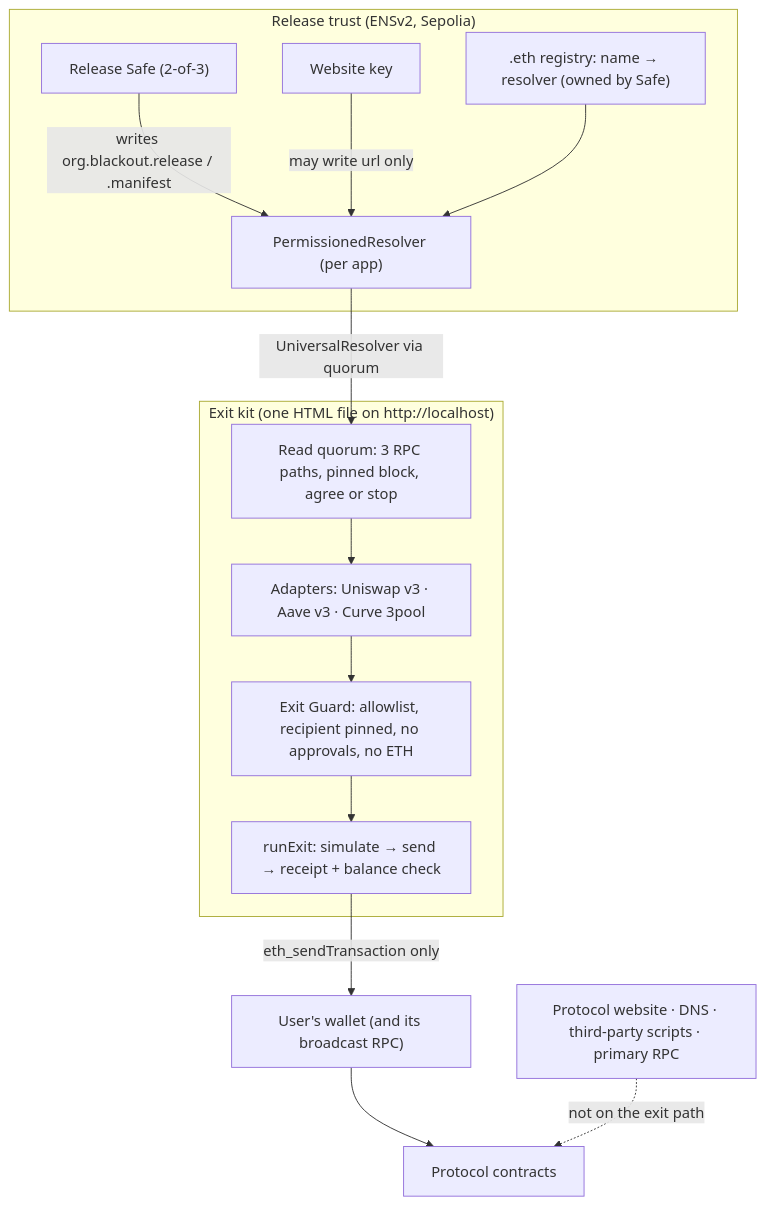
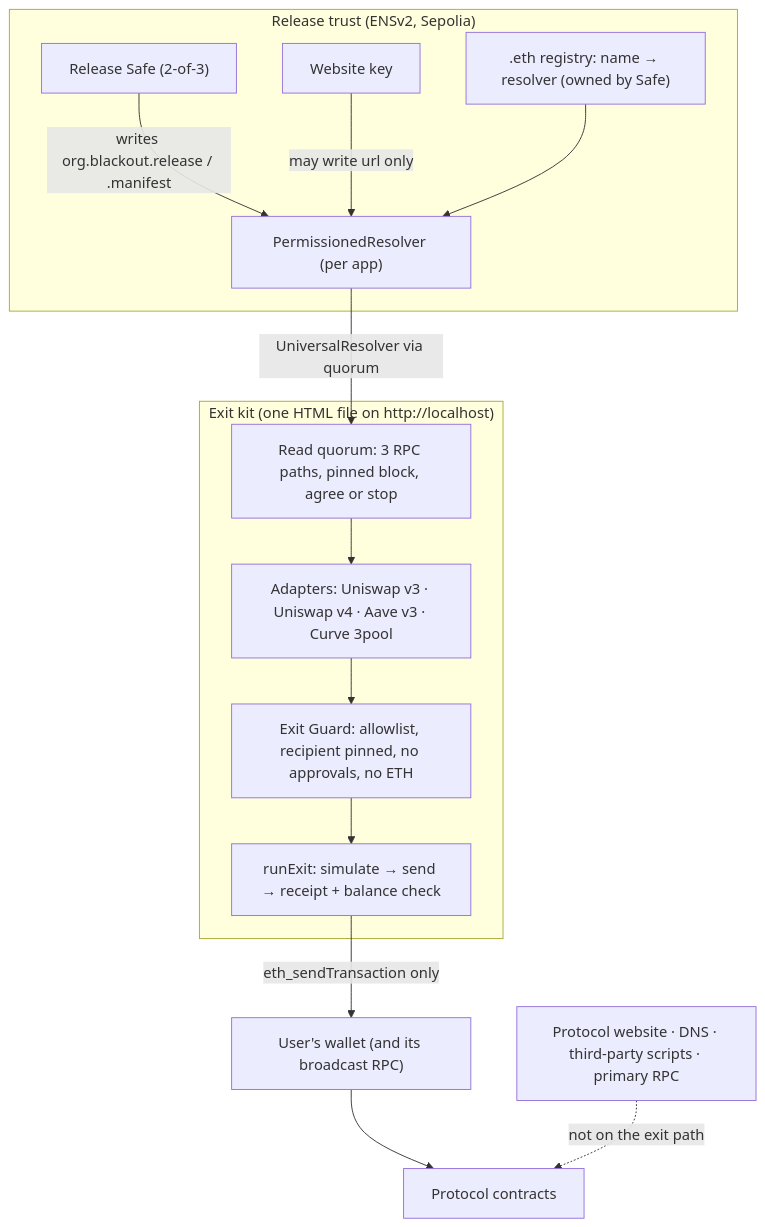
Before and after one commit to Harman206/HACKETH-MUMBAI: the diagram in README.md, drawn with Mermaid. The commit also changed other lines of this file and 4 other files, not shown here.

````diff
--- a/README.md
+++ b/README.md
@@ -79,18 +80,18 @@
 ```mermaid
 flowchart TB
   subgraph Release["Release trust (ENSv2, Sepolia)"]
     SAFE["Release Safe (2-of-3)"] -->|"writes org.blackout.release / .manifest"| RES["PermissionedResolver (per app)"]
     WEB["Website key"] -->|"may write url only"| RES
     REG[".eth registry: name → resolver (owned by Safe)"] --> RES
   end
   subgraph Kit["Exit kit (one HTML file on http://localhost)"]
     Q["Read quorum: 3 RPC paths, pinned block, agree or stop"]
-    A["Adapters: Uniswap v3 · Aave v3 · Curve 3pool"]
+    A["Adapters: Uniswap v3 · Uniswap v4 · Aave v3 · Curve 3pool"]
     G["Exit Guard: allowlist, recipient pinned, no approvals, no ETH"]
     X["runExit: simulate → send → receipt + balance check"]
   end
   RES -->|"UniversalResolver via quorum"| Q --> A --> G --> X
   X -->|"eth_sendTransaction only"| W["User's wallet (and its broadcast RPC)"]
   W --> C["Protocol contracts"]
   SITE["Protocol website · DNS · third-party scripts · primary RPC"] -.->|"not on the exit path"| C
 ```
````
